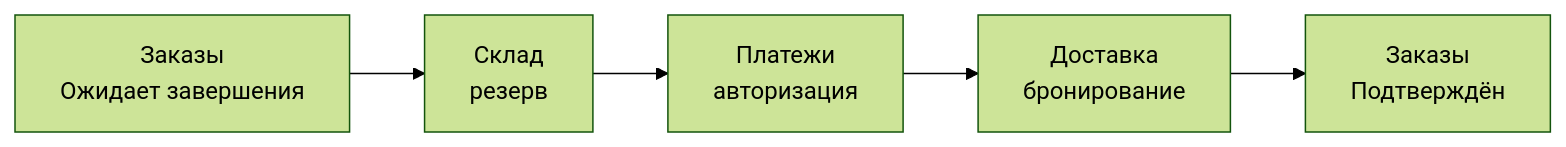
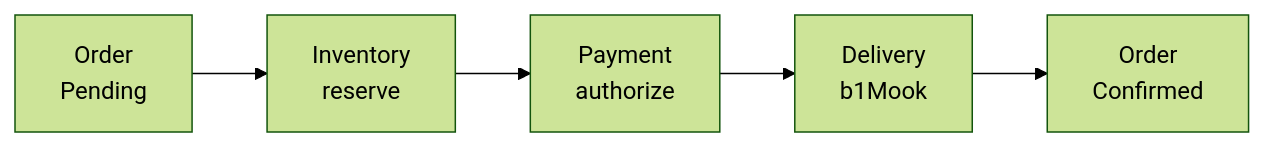
One commit to UsingCoding/rp-slides changed the second of 4 diagrams in lectures/01-saga-intro/sections/02-motivation.md. Above: the diagram before and after it, drawn with Mermaid (forest theme). The commit also changed other lines of this file and 16 other files, not shown here.

````diff
--- a/lectures/01-saga-intro/sections/02-motivation.md
+++ b/lectures/01-saga-intro/sections/02-motivation.md
@@ -60,7 +41,7 @@
 ```mermaid
 flowchart LR
-    O[Заказы<br/>Ожидает завершения] --> I[Склад<br/>резерв]
-    I --> P[Платежи<br/>авторизация]
-    P --> D[Доставка<br/>бронирование]
-    D --> C[Заказы<br/>Подтверждён]
+    O[Order<br/>Pending] --> I[Inventory<br/>reserve]
+    I --> P[Payment<br/>authorize]
+    P --> D[Delivery<br/>b1Mook]
+    D --> C[Order<br/>Confirmed]
 ```
````
